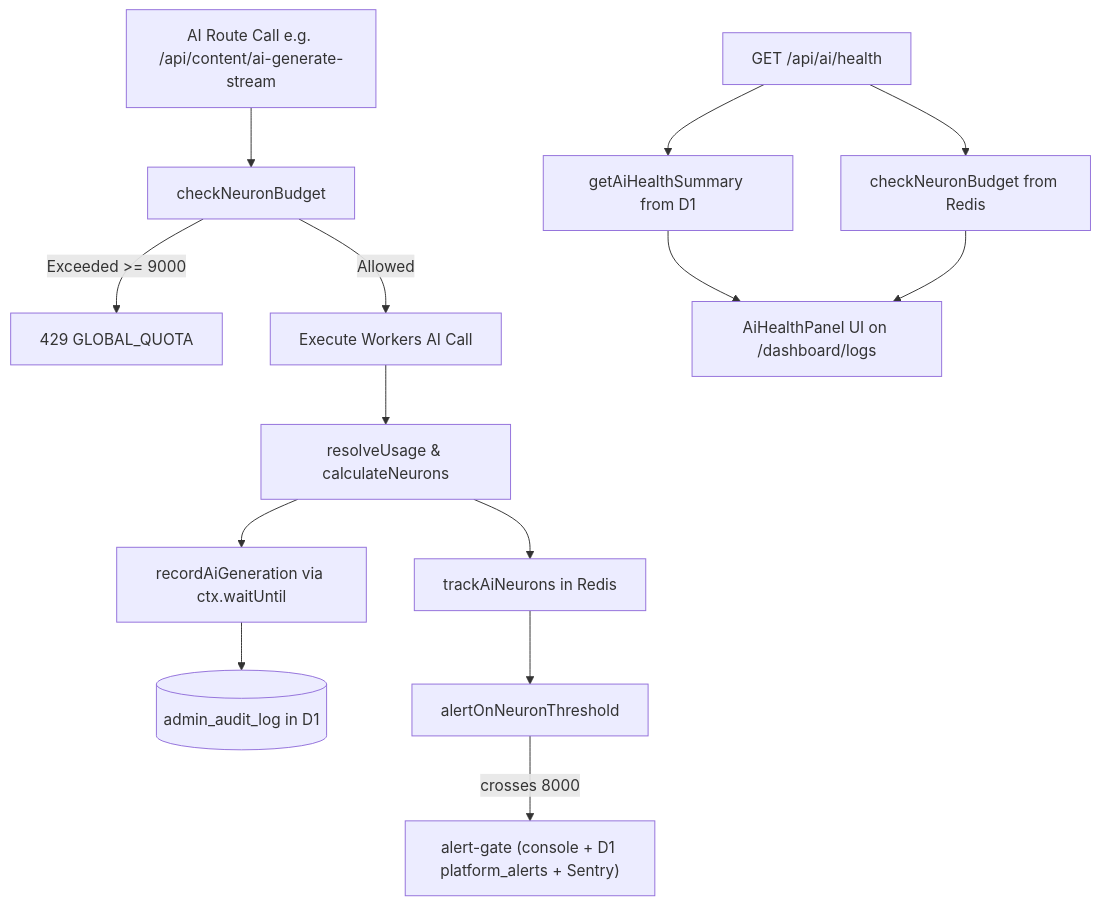
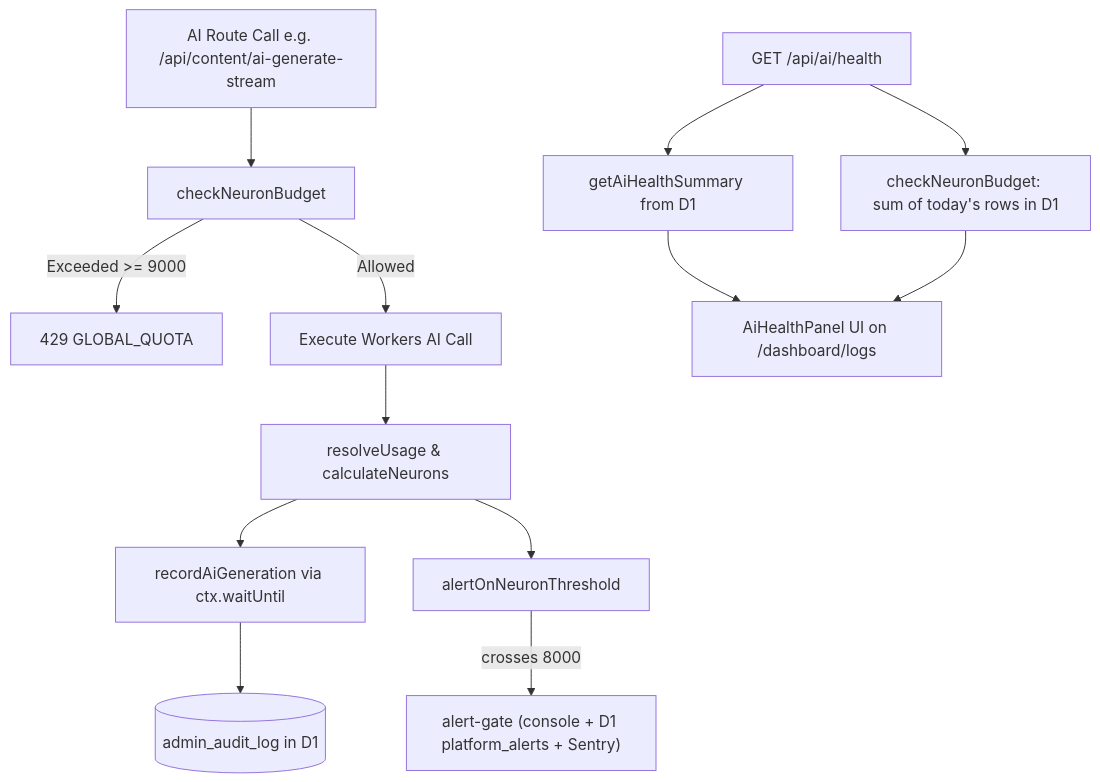
Before and after one commit to Harshil8136/chess-game1: the diagram in synced-docs/cf-admin/documentation/features/AI-HEALTH.md, drawn with Mermaid. The commit also changed other lines of this file and 34 other files, not shown here.

````diff
--- a/synced-docs/cf-admin/documentation/features/AI-HEALTH.md
+++ b/synced-docs/cf-admin/documentation/features/AI-HEALTH.md
@@ -202,16 +211,15 @@
 ```mermaid
 flowchart TD
     A[AI Route Call e.g. /api/content/ai-generate-stream] --> B[checkNeuronBudget]
     B -- Exceeded >= 9000 --> C[429 GLOBAL_QUOTA]
     B -- Allowed --> D[Execute Workers AI Call]
     D --> E[resolveUsage & calculateNeurons]
-    E --> F[trackAiNeurons in Redis]
     E --> G[recordAiGeneration via ctx.waitUntil]
     G --> H[(admin_audit_log in D1)]
-    F --> I[alertOnNeuronThreshold]
+    E --> I[alertOnNeuronThreshold]
     I -- crosses 8000 --> J["alert-gate (console + D1 platform_alerts + Sentry)"]
 
     K[GET /api/ai/health] --> L[getAiHealthSummary from D1]
-    K --> M[checkNeuronBudget from Redis]
+    K --> M[checkNeuronBudget: sum of today's rows in D1]
     L & M --> N[AiHealthPanel UI on /dashboard/logs]
 ```
````
